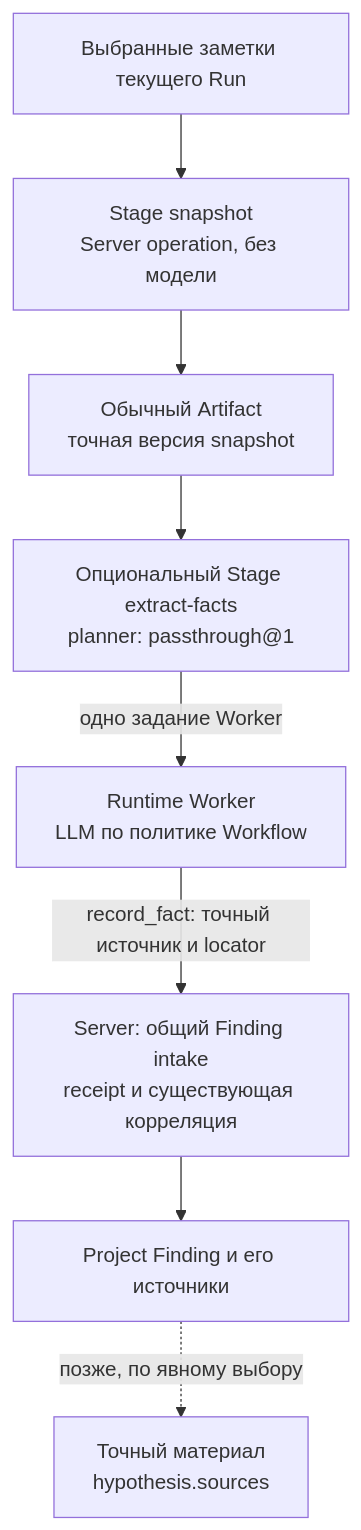
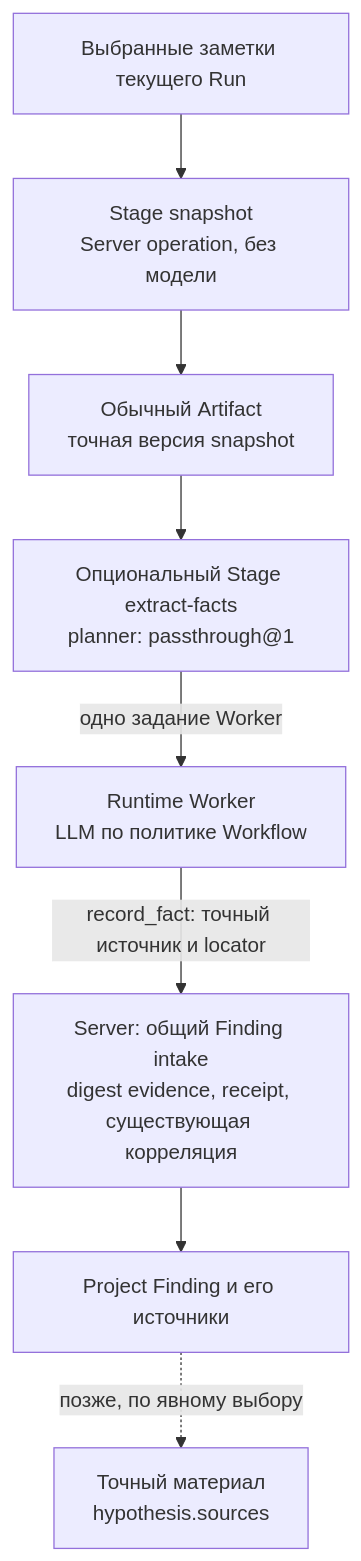
One commit to grauwolf32/contractor changed the third of 6 diagrams in docs/proposals/0055-project-facts-through-findings.md. Above: the diagram before and after it, drawn with Mermaid. The commit also changed other lines of this file and 8 other files, not shown here.

````diff
--- a/docs/proposals/0055-project-facts-through-findings.md
+++ b/docs/proposals/0055-project-facts-through-findings.md
@@ -133,10 +133,10 @@
 ```mermaid
 flowchart TD
     N["Выбранные заметки текущего Run"] --> S["Stage snapshot<br/>Server operation, без модели"]
     S --> A["Обычный Artifact<br/>точная версия snapshot"]
     A --> T["Опциональный Stage extract-facts<br/>planner: passthrough@1"]
     T -->|"одно задание Worker"| W["Runtime Worker<br/>LLM по политике Workflow"]
-    W -->|"record_fact: точный источник и locator"| F["Server: общий Finding intake<br/>receipt и существующая корреляция"]
+    W -->|"record_fact: точный источник и locator"| F["Server: общий Finding intake<br/>digest evidence, receipt, существующая корреляция"]
     F --> P["Project Finding и его источники"]
     P -.->|"позже, по явному выбору"| H["Точный материал<br/>hypothesis.sources"]
 ```
````
